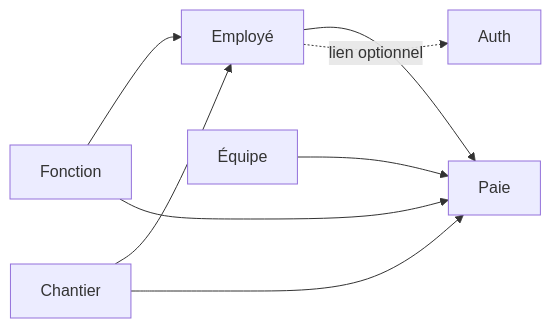
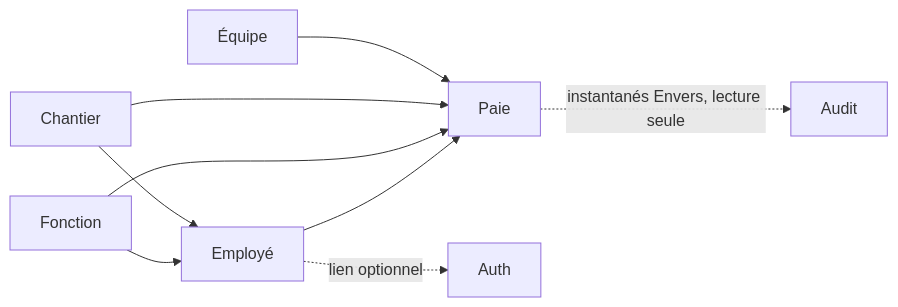
The diagram in docs/architecture.md (HmaydaAbdo/Rh-ERP), drawn with Mermaid before and after one commit. The commit also changed other lines of this file and 115 other files, not shown here.

````diff
--- a/docs/architecture.md
+++ b/docs/architecture.md
@@ -54,10 +54,11 @@
 ```mermaid
 flowchart LR
   Fonction --> Employe[Employé]
   Chantier --> Employe
   Employe --> Paie
   Fonction --> Paie
   Chantier --> Paie
   Equipe[Équipe] --> Paie
+  Paie -.instantanés Envers, lecture seule.-> Audit
   Employe -.lien optionnel.-> Auth
 ```
````
